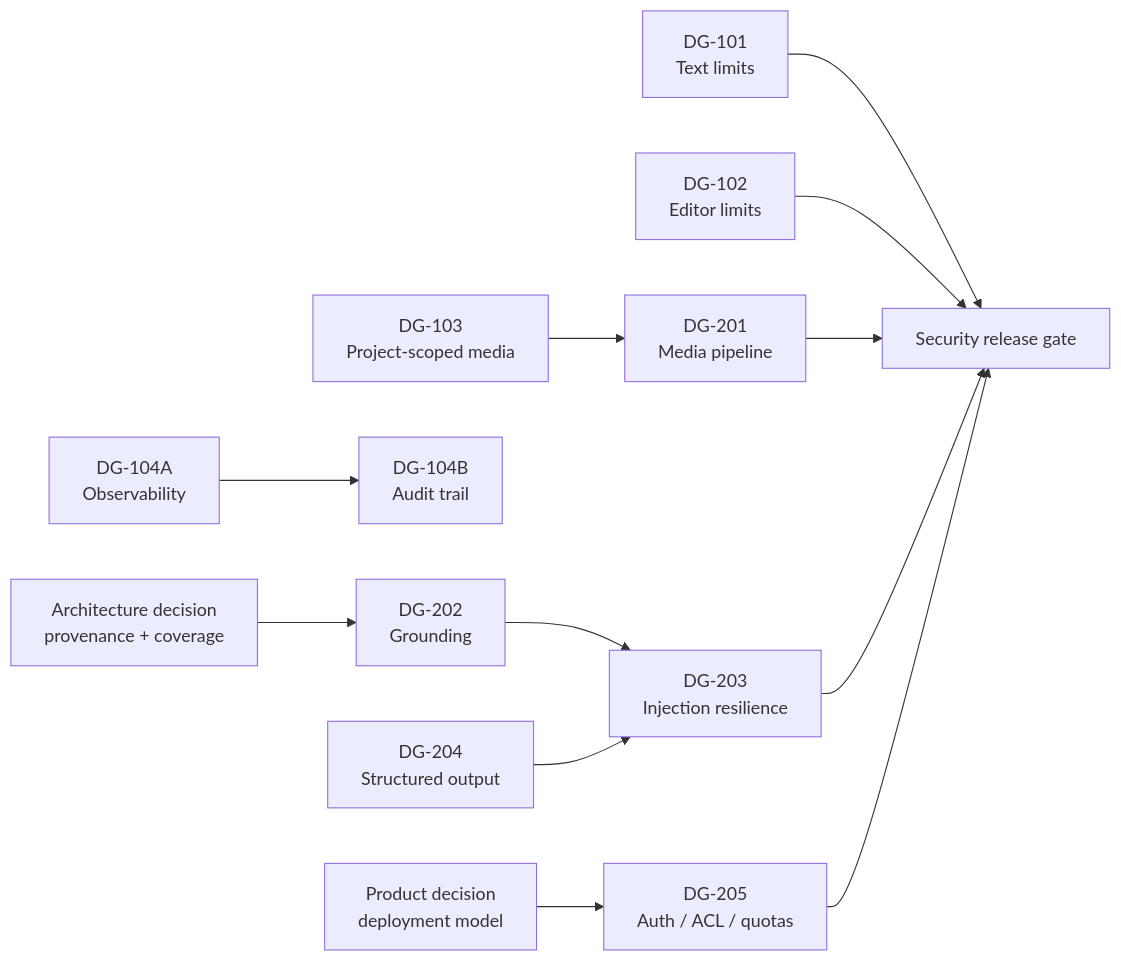
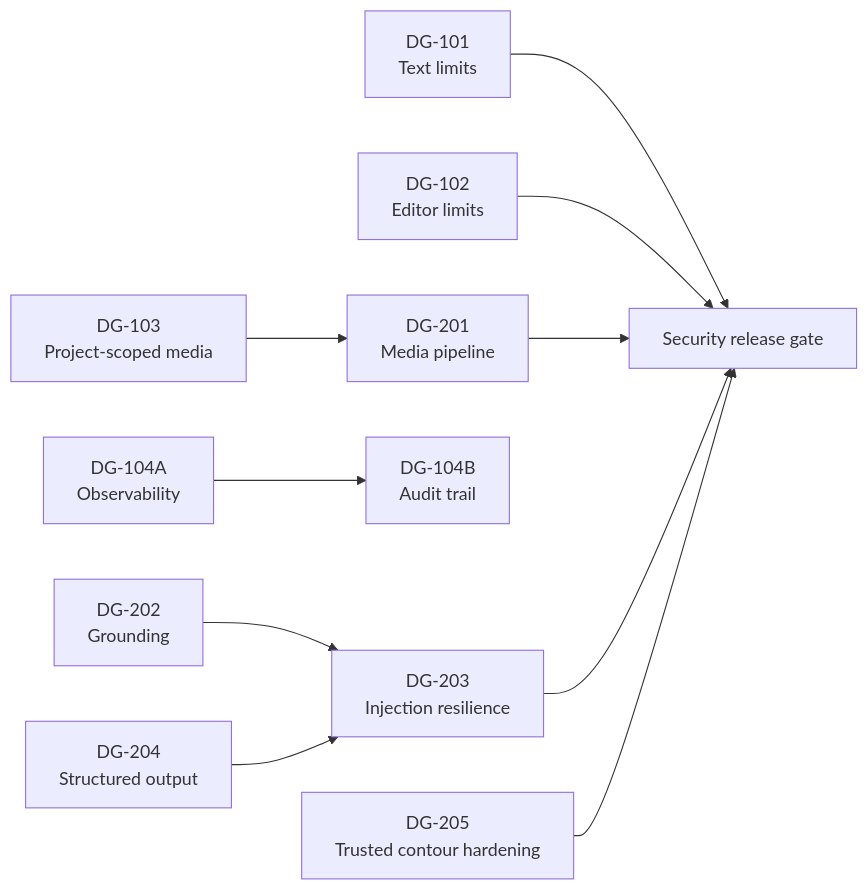
Before and after one commit to arechowska/DocGen: the diagram in docs/РАЗВИТИЕ.md, drawn with Mermaid. The commit also changed other lines of this file, not shown here.

Commit message:
docs: make roadmap executable by agent

````diff
--- a/docs/РАЗВИТИЕ.md
+++ b/docs/РАЗВИТИЕ.md
@@ -60,14 +60,12 @@
 ```mermaid
 flowchart LR
     A[DG-101<br/>Text limits] --> G[Security release gate]
     B[DG-102<br/>Editor limits] --> G
     C[DG-103<br/>Project-scoped media] --> D[DG-201<br/>Media pipeline]
     E[DG-104A<br/>Observability] --> F[DG-104B<br/>Audit trail]
     D --> G
-    H[Architecture decision<br/>provenance + coverage] --> I[DG-202<br/>Grounding]
-    I --> J[DG-203<br/>Injection resilience]
+    I[DG-202<br/>Grounding] --> J[DG-203<br/>Injection resilience]
     K[DG-204<br/>Structured output] --> J
     J --> G
-    L[Product decision<br/>deployment model] --> M[DG-205<br/>Auth / ACL / quotas]
-    M --> G
+    M[DG-205<br/>Trusted contour hardening] --> G
 ```
````
